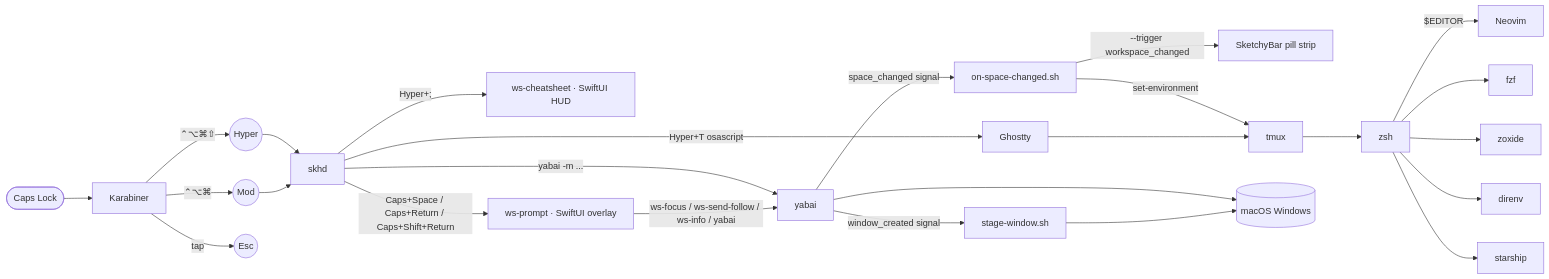
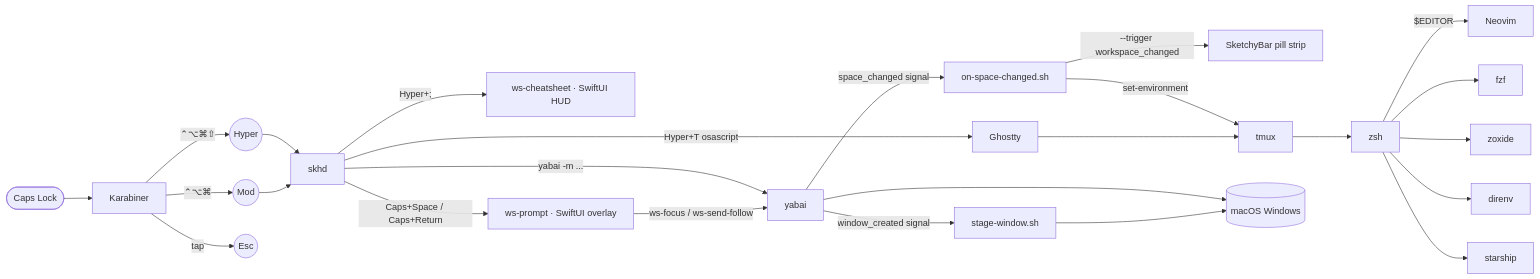
Before and after one commit to adames/dotfiles: the first of 2 diagrams in docs/architecture.md, drawn with Mermaid. The commit also changed other lines of this file and 9 other files, not shown here.

````diff
--- a/docs/architecture.md
+++ b/docs/architecture.md
@@ -7,28 +7,28 @@
 ```mermaid
 graph LR
   CapsLock([Caps Lock]) --> Karabiner
   Karabiner -->|"⌃⌥⌘⇧"| Hyper((Hyper))
   Karabiner -->|"⌃⌥⌘"| Mod((Mod))
   Karabiner -->|tap| Esc((Esc))
 
   Hyper --> skhd
   Mod --> skhd
   skhd -->|"yabai -m ..."| yabai
   skhd -->|Hyper+T osascript| Ghostty
   skhd -->|Hyper+;| WSCheatsheet[ws-cheatsheet · SwiftUI HUD]
-  skhd -->|Caps+Space / Caps+Return / Caps+Shift+Return| WSPrompt[ws-prompt · SwiftUI overlay]
-  WSPrompt -->|ws-focus / ws-send-follow / ws-info / yabai| yabai
+  skhd -->|Caps+Space / Caps+Return| WSPrompt[ws-prompt · SwiftUI overlay]
+  WSPrompt -->|ws-focus / ws-send-follow| yabai
   yabai -->|window_created signal| WSStage[stage-window.sh]
 
   yabai -->|space_changed signal| WorkspaceHandler[on-space-changed.sh]
   WorkspaceHandler -->|--trigger workspace_changed| SketchyBar[SketchyBar pill strip]
   WorkspaceHandler -->|set-environment| tmux
 
   yabai --> Windows[(macOS Windows)]
   WSStage --> Windows
 
   Ghostty --> tmux
   tmux --> zsh
   zsh -->|"$EDITOR"| Neovim
   zsh --> fzf & zoxide & direnv & starship
 ```
````
